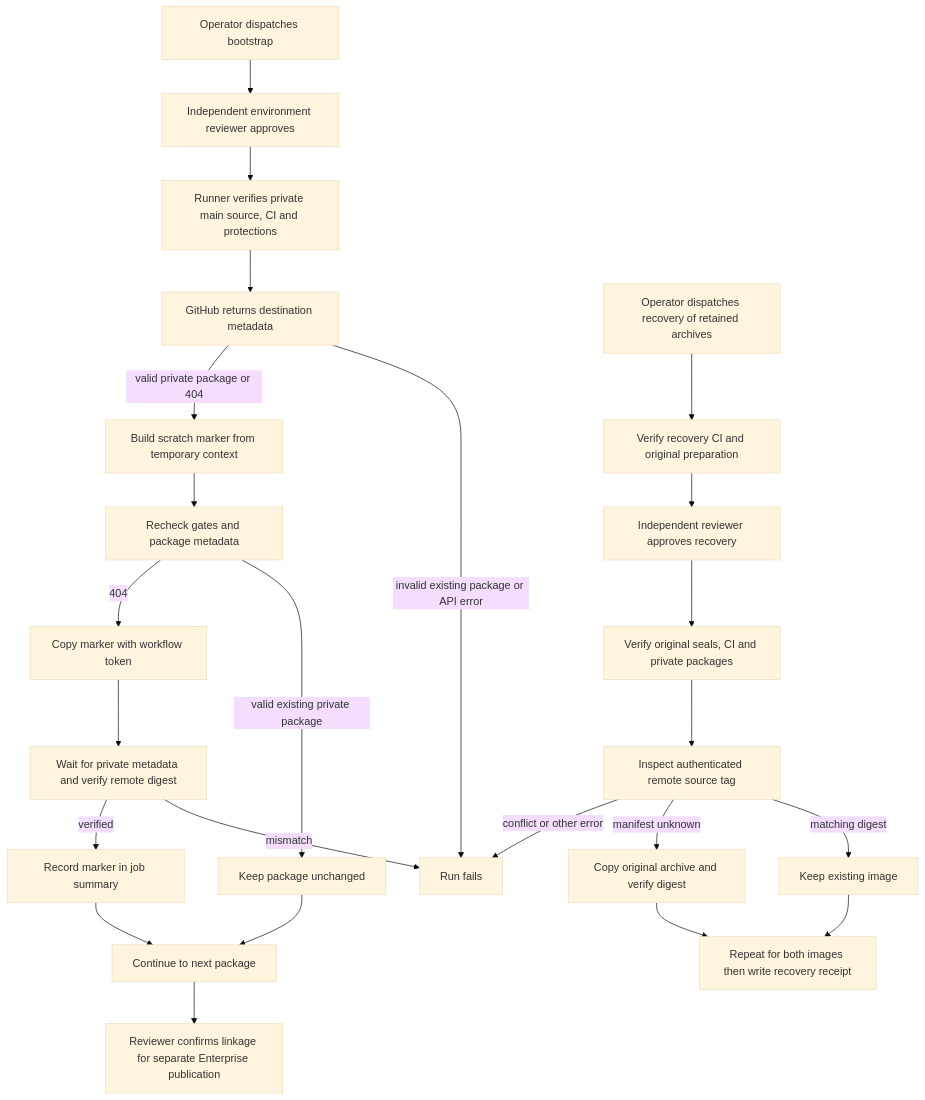
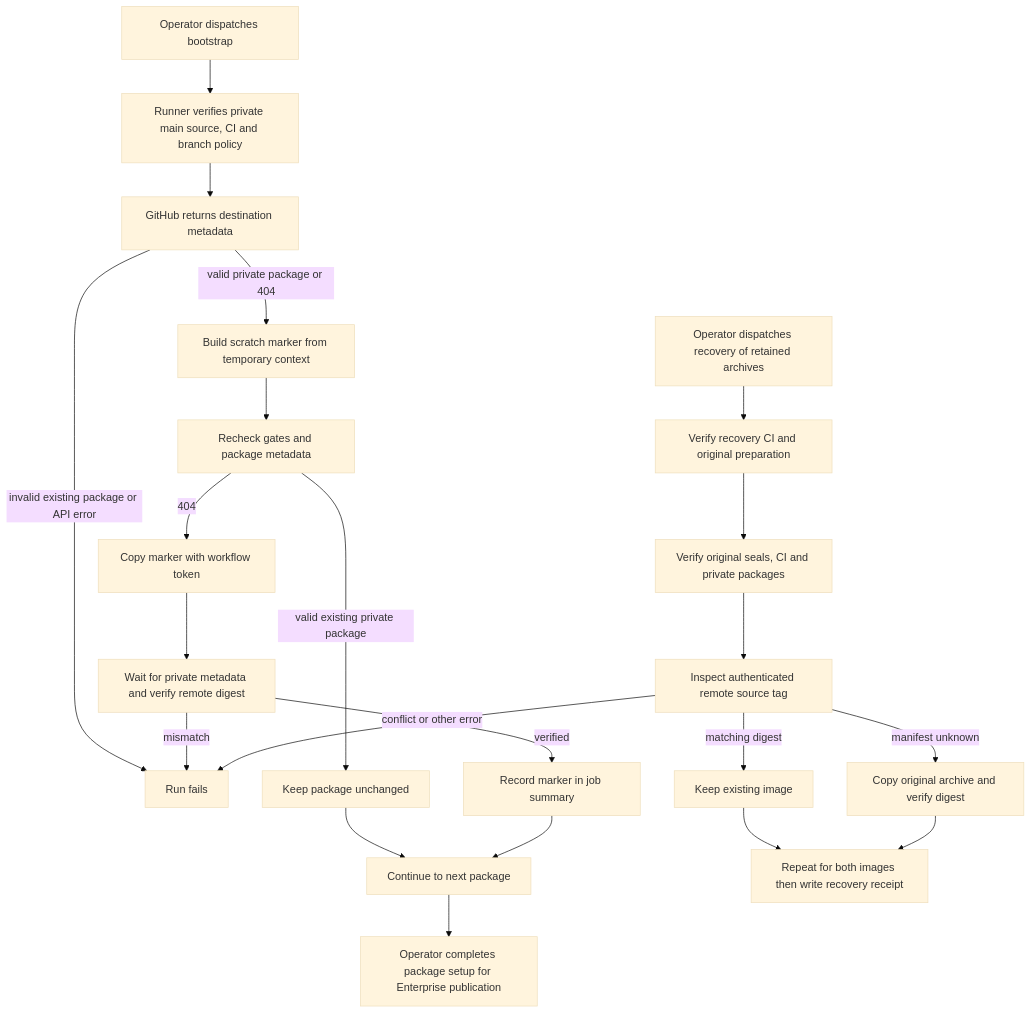
One commit to IsaiahStapleton/openclaw-enterprise changed the diagram in docs/flows/container-package-bootstrap.md. Above: the diagram before and after it, drawn with Mermaid (base theme). The commit also changed other lines of this file and 10 other files, not shown here.

````diff
--- a/docs/flows/container-package-bootstrap.md
+++ b/docs/flows/container-package-bootstrap.md
@@ -30,26 +30,24 @@
 ```mermaid
 graph TD
-  A["Operator dispatches bootstrap"] --> B["Independent environment reviewer approves"]
-  B --> C["Runner verifies private main source, CI and protections"]
+  A["Operator dispatches bootstrap"] --> C["Runner verifies private main source, CI and branch policy"]
   C --> D["GitHub returns destination metadata"]
   D -->|invalid existing package or API error| X["Run fails"]
   D -->|valid private package or 404| E["Build scratch marker from temporary context"]
   E --> F["Recheck gates and package metadata"]
   F -->|valid existing private package| G["Keep package unchanged"]
   F -->|404| H["Copy marker with workflow token"]
   H --> I["Wait for private metadata and verify remote digest"]
   I -->|mismatch| X
   I -->|verified| J["Record marker in job summary"]
   G --> K["Continue to next package"]
   J --> K
-  K --> L["Reviewer confirms linkage for separate Enterprise publication"]
+  K --> L["Operator completes package setup for Enterprise publication"]
   R["Operator dispatches recovery of retained archives"] --> S["Verify recovery CI and original preparation"]
-  S --> T["Independent reviewer approves recovery"]
-  T --> U["Verify original seals, CI and private packages"]
+  S --> U["Verify original seals, CI and private packages"]
   U --> V["Inspect authenticated remote source tag"]
   V -->|matching digest| W["Keep existing image"]
   V -->|manifest unknown| Y["Copy original archive and verify digest"]
   V -->|conflict or other error| X
   W --> Z["Repeat for both images then write recovery receipt"]
   Y --> Z
 ```
````
